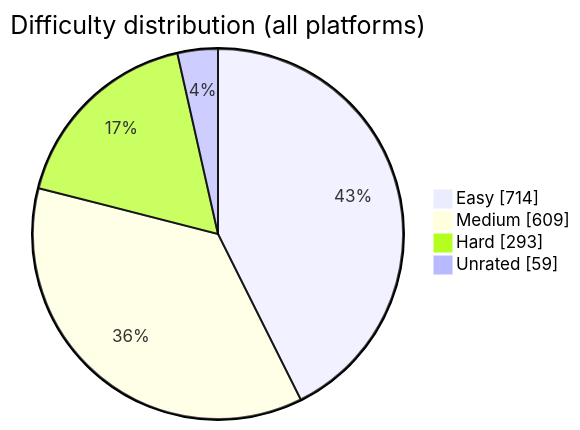
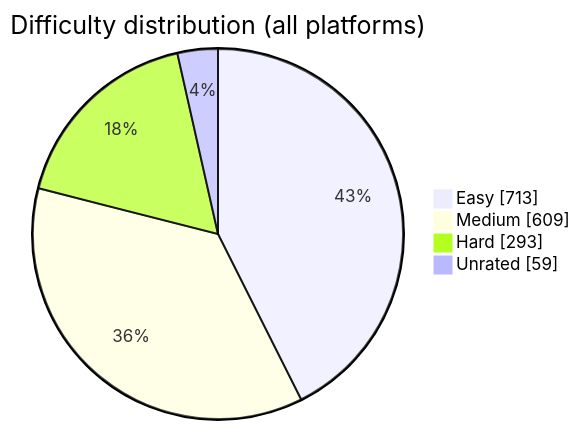
One commit to BuildbyArindam/Daily-Coding-Log changed the diagram in README.md. Above: the diagram before and after it, drawn with Mermaid. The commit also changed other lines of this file, not shown here.

````diff
--- a/README.md
+++ b/README.md
@@ -93,7 +93,7 @@
 ```mermaid
 pie showData title Difficulty distribution (all platforms)
-    "Easy" : 714
+    "Easy" : 713
     "Medium" : 609
     "Hard" : 293
     "Unrated" : 59
 ```
````
